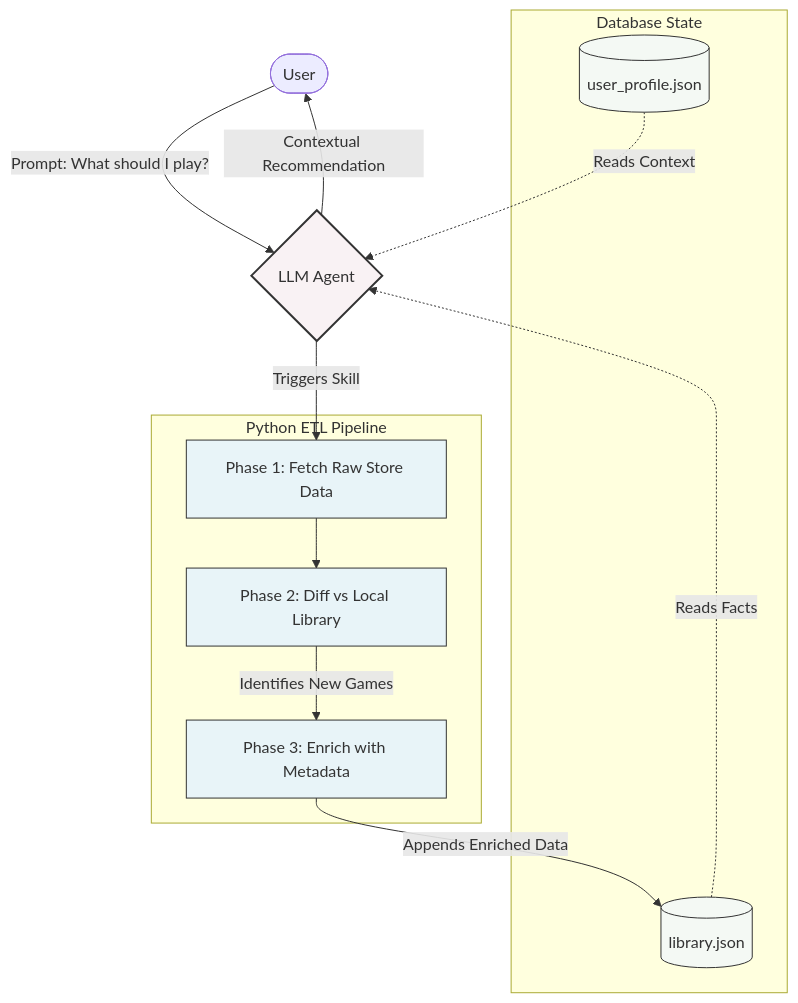
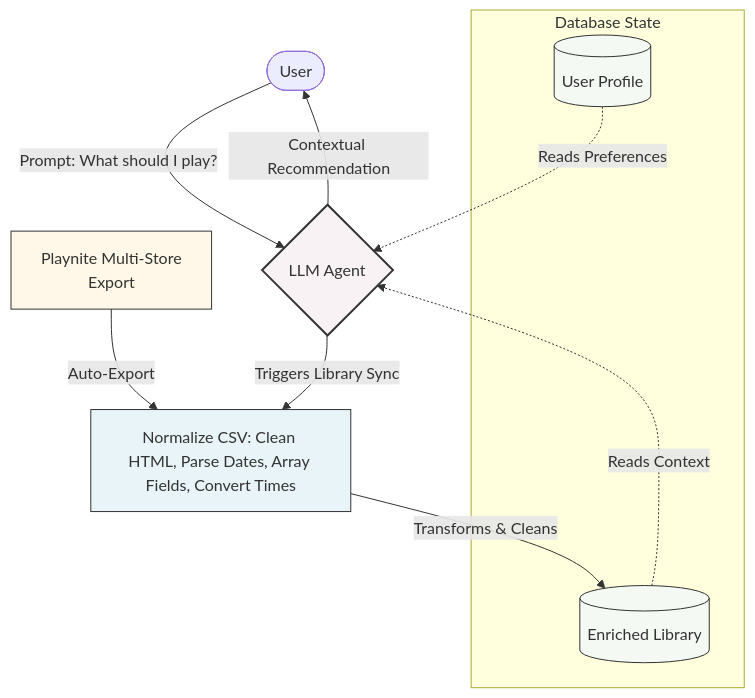
Before and after one commit to n-laoutaris/agentic-game-librarian: the diagram in README.md, drawn with Mermaid. The commit also changed other lines of this file and 11 other files, not shown here.

First line of the commit message:
refactor: transition to Playnite for library updates and metadata enrichment

````diff
--- a/README.md
+++ b/README.md
@@ -27,33 +27,32 @@
 ```mermaid
 graph TD
     %% Define styles
     classDef agent fill:#f9f2f4,stroke:#333,stroke-width:2px;
     classDef python fill:#e8f4f8,stroke:#333,stroke-width:1px;
     classDef db fill:#f4f9f4,stroke:#333,stroke-width:1px;
+    classDef external fill:#fff8e8,stroke:#333,stroke-width:1px;
     
     %% Nodes
     User([User])
     Agent{LLM Agent}:::agent
+    Playnite[Playnite Multi-Store\nExport]:::external
     
-    subgraph Python ETL Pipeline
-        Fetch[Phase 1: Fetch Raw Store Data]:::python
-        Diff[Phase 2: Diff vs Local Library]:::python
-        Enrich[Phase 3: Enrich with Metadata]:::python
-    end
+
+    Normalize[Normalize CSV: Clean HTML, Parse Dates, Array Fields, Convert Times]:::python
+
     
     subgraph Database State
-        Master[(library.json)]:::db
-        Profile[(user_profile.json)]:::db
+        Master[(Enriched Library)]:::db
+        Profile[(User Profile)]:::db
     end
 
     %% Flow
     User -->|Prompt: What should I play?| Agent
-    Agent -->|Triggers Skill| Fetch
-    Fetch --> Diff
-    Diff -->|Identifies New Games| Enrich
-    Enrich -->|Appends Enriched Data| Master
+    Playnite -->|Auto-Export| Normalize
+    Normalize -->|Transforms & Cleans| Master
     
-    Master -.->|Reads Facts| Agent
-    Profile -.->|Reads Context| Agent
+    Agent -->|Triggers Library Sync| Normalize
+    Master -.->|Reads Context| Agent
+    Profile -.->|Reads Preferences| Agent
     Agent -->|Contextual Recommendation| User
 ```
````
